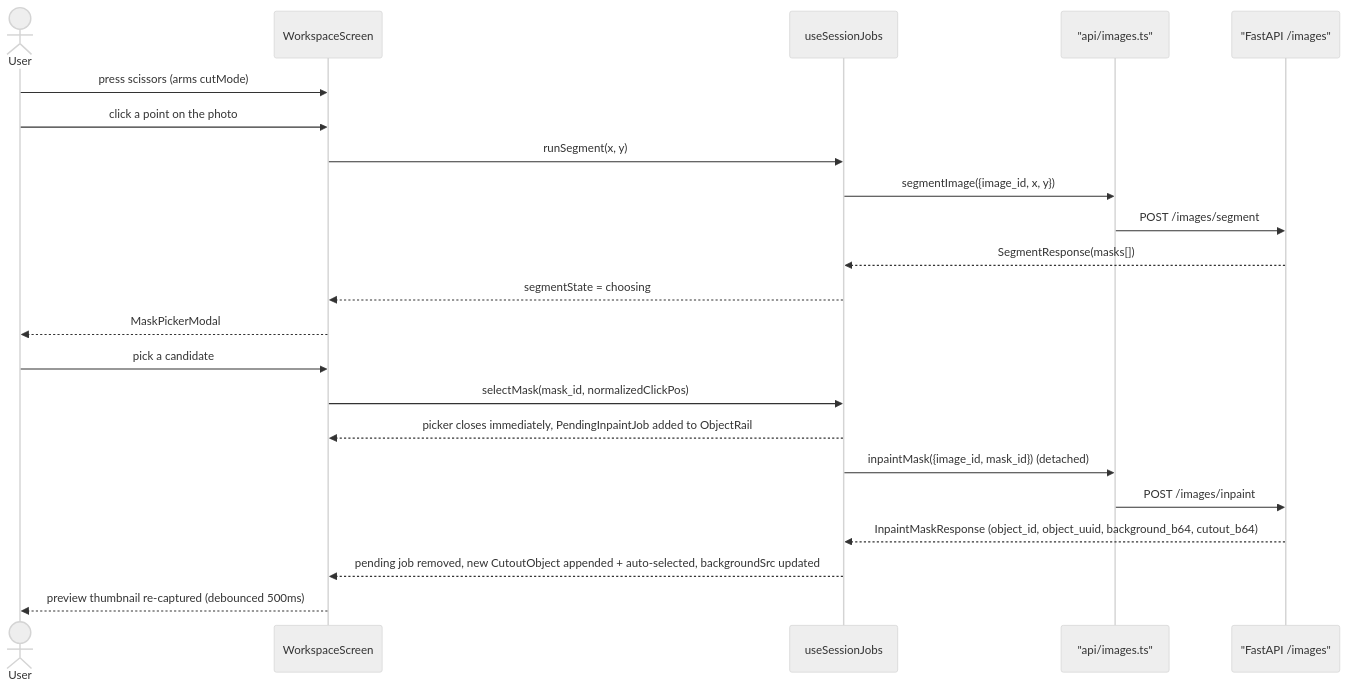
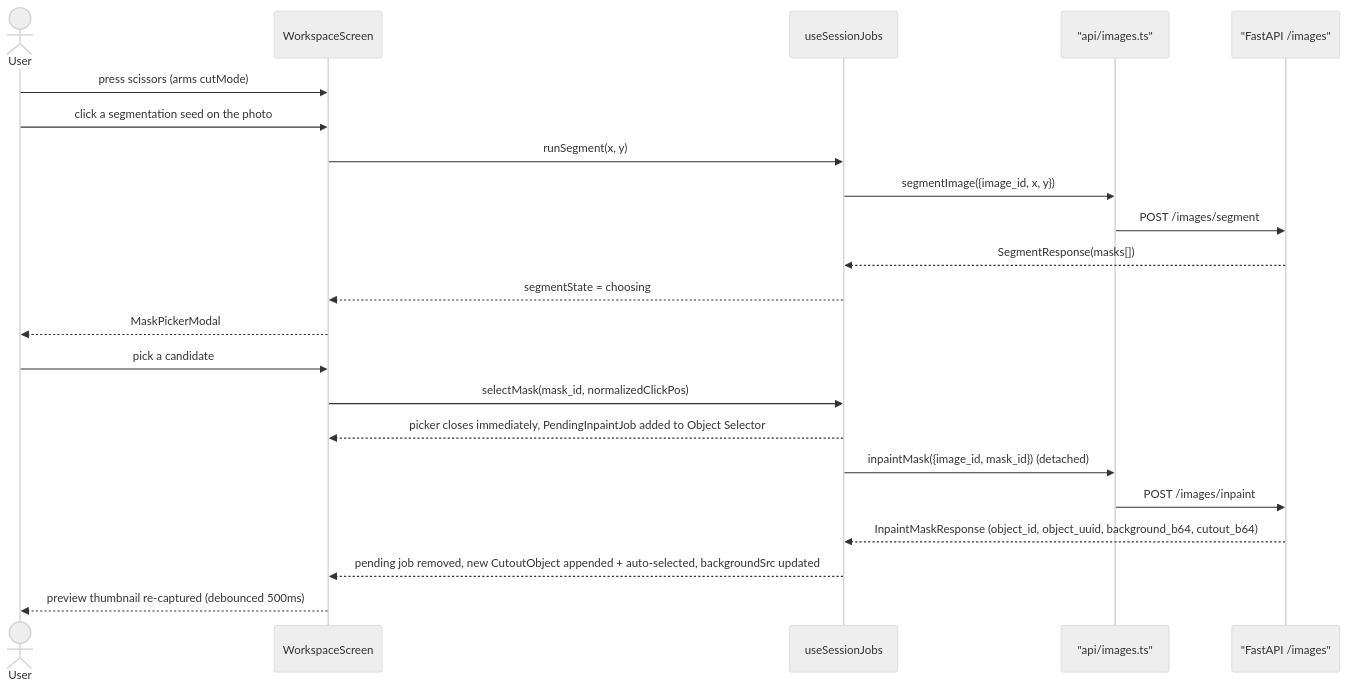
Before and after one commit to 1mache/avroom: the second of 3 diagrams in docs/frontend/user-flow.md, drawn with Mermaid (neutral theme). The commit also changed other lines of this file and 10 other files, not shown here.

````diff
--- a/docs/frontend/user-flow.md
+++ b/docs/frontend/user-flow.md
@@ -35,26 +35,26 @@
 ```mermaid
 sequenceDiagram
     actor User
     participant WS as WorkspaceScreen
     participant Jobs as useSessionJobs
     participant API as "api/images.ts"
     participant Backend as "FastAPI /images"
 
     User->>WS: press scissors (arms cutMode)
-    User->>WS: click a point on the photo
+    User->>WS: click a segmentation seed on the photo
     WS->>Jobs: runSegment(x, y)
     Jobs->>API: segmentImage({image_id, x, y})
     API->>Backend: POST /images/segment
     Backend-->>Jobs: SegmentResponse(masks[])
     Jobs-->>WS: segmentState = choosing
     WS-->>User: MaskPickerModal
 
     User->>WS: pick a candidate
     WS->>Jobs: selectMask(mask_id, normalizedClickPos)
-    Jobs-->>WS: picker closes immediately, PendingInpaintJob added to ObjectRail
+    Jobs-->>WS: picker closes immediately, PendingInpaintJob added to Object Selector
     Jobs->>API: inpaintMask({image_id, mask_id})  (detached)
     API->>Backend: POST /images/inpaint
     Backend-->>Jobs: InpaintMaskResponse (object_id, object_uuid, background_b64, cutout_b64)
     Jobs-->>WS: pending job removed, new CutoutObject appended + auto-selected, backgroundSrc updated
     WS-->>User: preview thumbnail re-captured (debounced 500ms)
 ```
````
